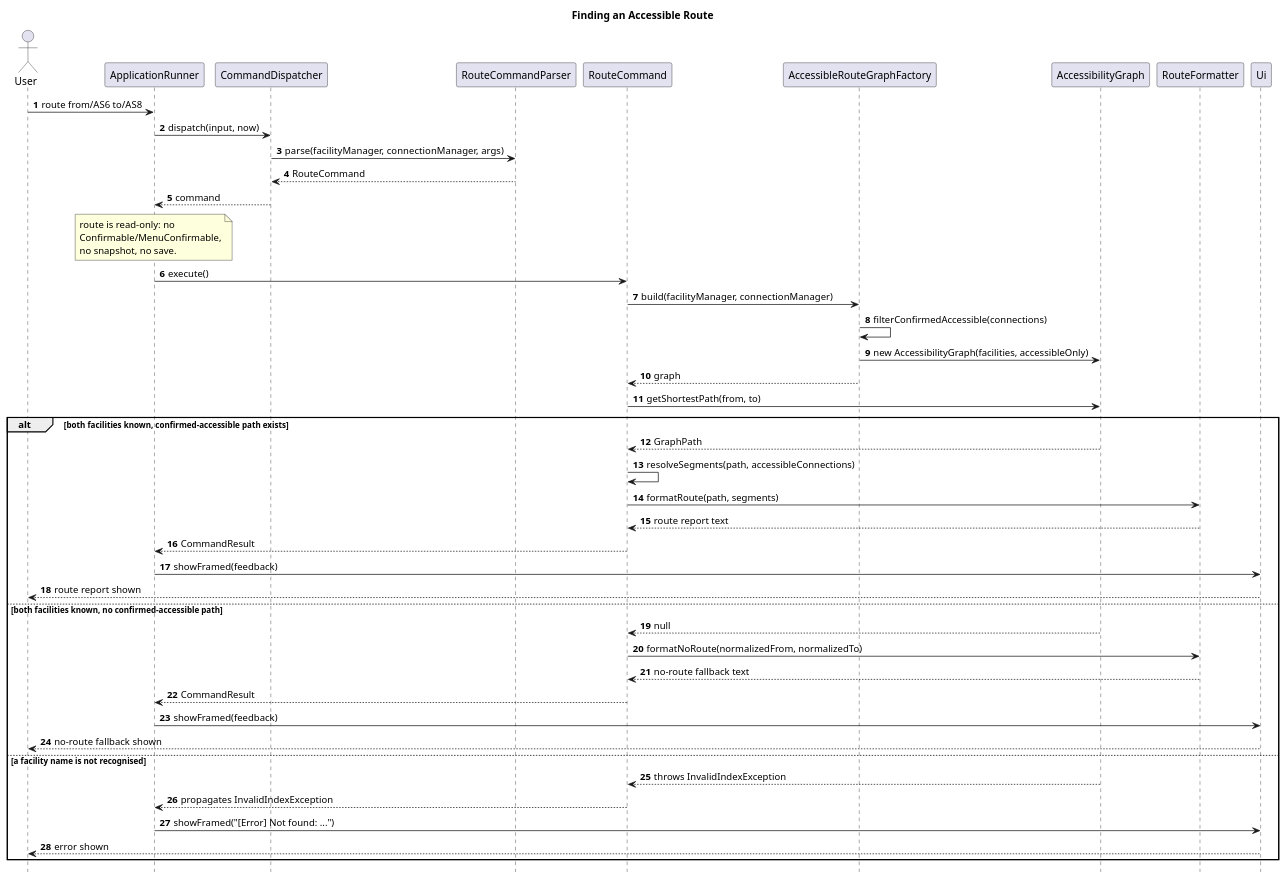
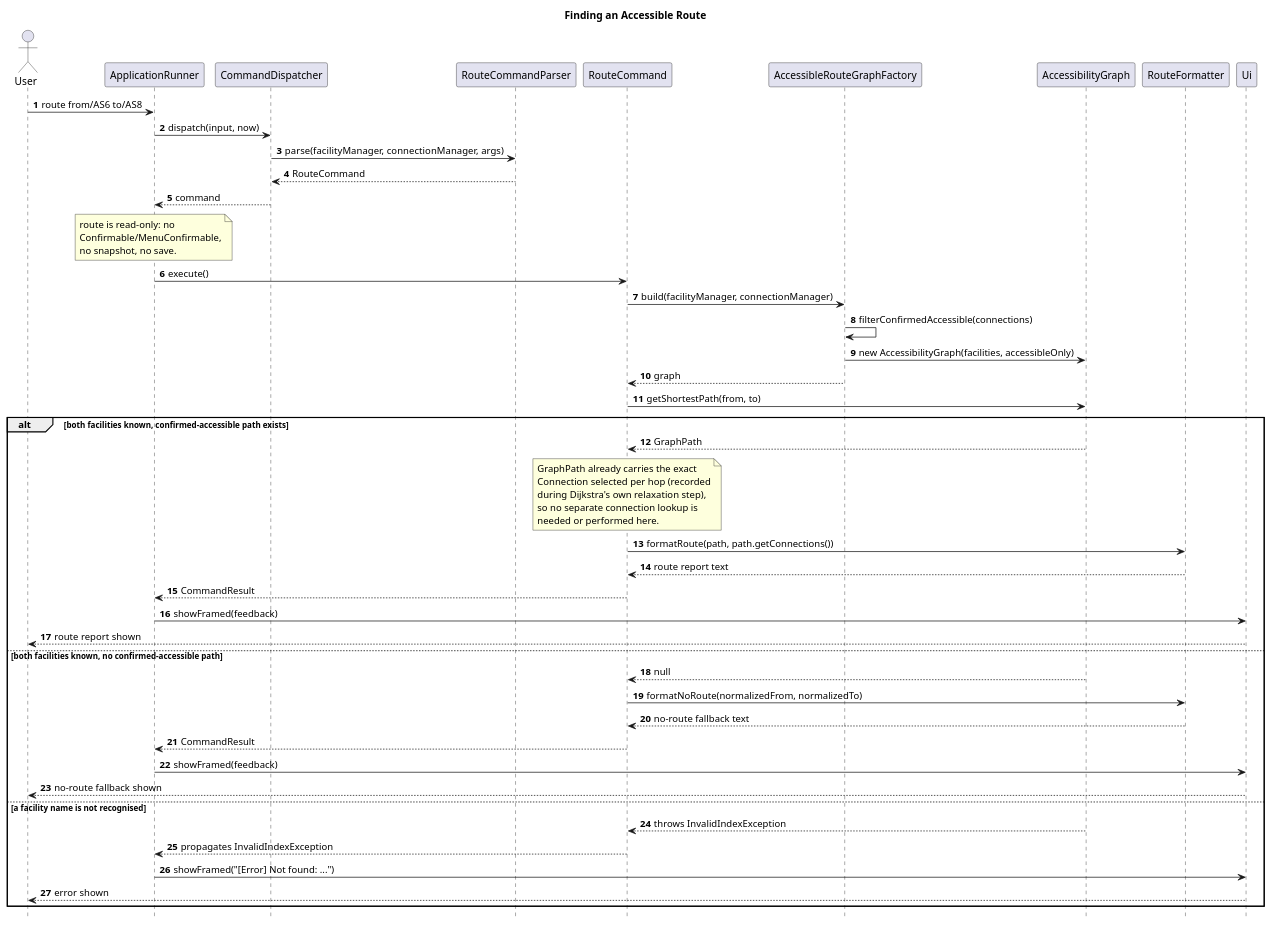
One commit to lukelouyu/SelfTeamProject changed the diagram in docs/diagrams/sequence/RouteSequence.puml. Above: the diagram before and after it, drawn with PlantUML. The commit also changed 10 other files, not shown here.

First line of the commit message:
fix: retain exact connection edges in route paths

```diff
--- a/docs/diagrams/sequence/RouteSequence.puml
+++ b/docs/diagrams/sequence/RouteSequence.puml
@@ -1,57 +1,63 @@
 @startuml
 title Finding an Accessible Route
 
 skinparam shadowing false
 hide footbox
 autonumber
 
 actor User
 participant ApplicationRunner as Runner
 participant CommandDispatcher as Dispatcher
 participant RouteCommandParser as Parser
 participant RouteCommand as Command
 participant AccessibleRouteGraphFactory as Factory
 participant AccessibilityGraph as Graph
 participant RouteFormatter as Formatter
 participant Ui
 
 User -> Runner : route from/AS6 to/AS8
 Runner -> Dispatcher : dispatch(input, now)
 Dispatcher -> Parser : parse(facilityManager, connectionManager, args)
 Parser --> Dispatcher : RouteCommand
 Dispatcher --> Runner : command
 note over Runner
   route is read-only: no
   Confirmable/MenuConfirmable,
   no snapshot, no save.
 end note
 Runner -> Command : execute()
 Command -> Factory : build(facilityManager, connectionManager)
 Factory -> Factory : filterConfirmedAccessible(connections)
 Factory -> Graph : new AccessibilityGraph(facilities, accessibleOnly)
 Factory --> Command : graph
 Command -> Graph : getShortestPath(from, to)
 
 alt both facilities known, confirmed-accessible path exists
     Graph --> Command : GraphPath
-    Command -> Command : resolveSegments(path, accessibleConnections)
-    Command -> Formatter : formatRoute(path, segments)
+    note over Command
+      GraphPath already carries the exact
+      Connection selected per hop (recorded
+      during Dijkstra's own relaxation step),
+      so no separate connection lookup is
+      needed or performed here.
+    end note
+    Command -> Formatter : formatRoute(path, path.getConnections())
     Formatter --> Command : route report text
     Command --> Runner : CommandResult
     Runner -> Ui : showFramed(feedback)
     Ui --> User : route report shown
 else both facilities known, no confirmed-accessible path
     Graph --> Command : null
     Command -> Formatter : formatNoRoute(normalizedFrom, normalizedTo)
     Formatter --> Command : no-route fallback text
     Command --> Runner : CommandResult
     Runner -> Ui : showFramed(feedback)
     Ui --> User : no-route fallback shown
 else a facility name is not recognised
     Graph --> Command : throws InvalidIndexException
     Command --> Runner : propagates InvalidIndexException
     Runner -> Ui : showFramed("[Error] Not found: ...")
     Ui --> User : error shown
 end
 
 @enduml
```
